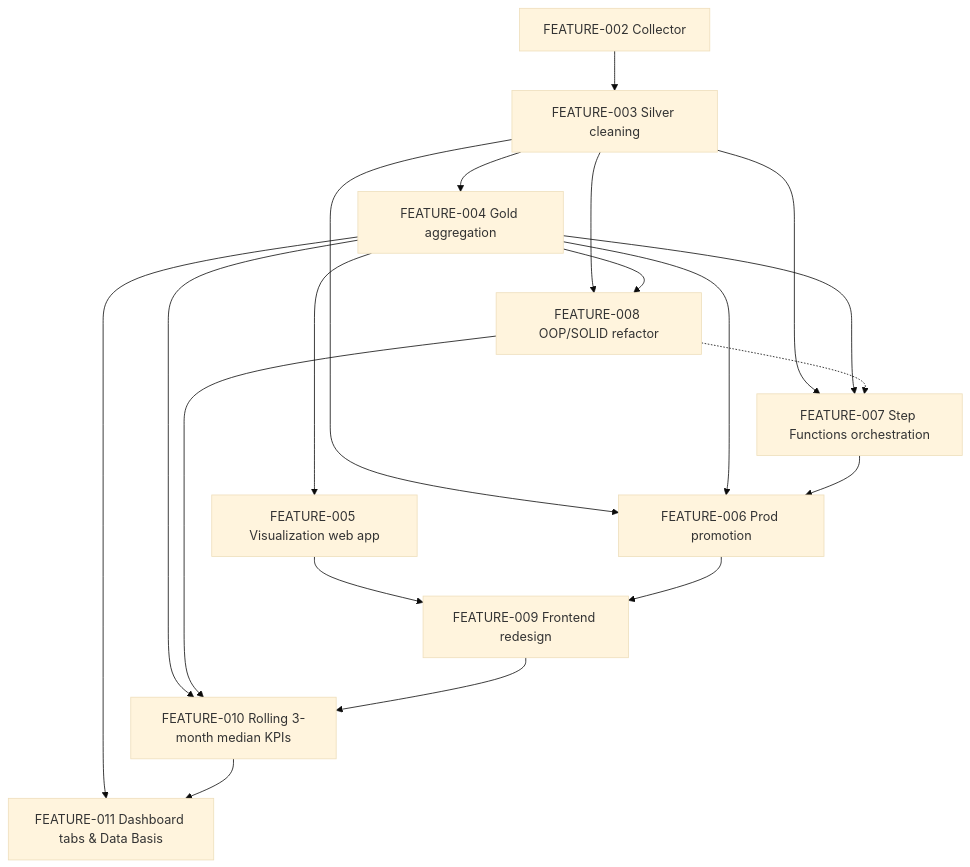
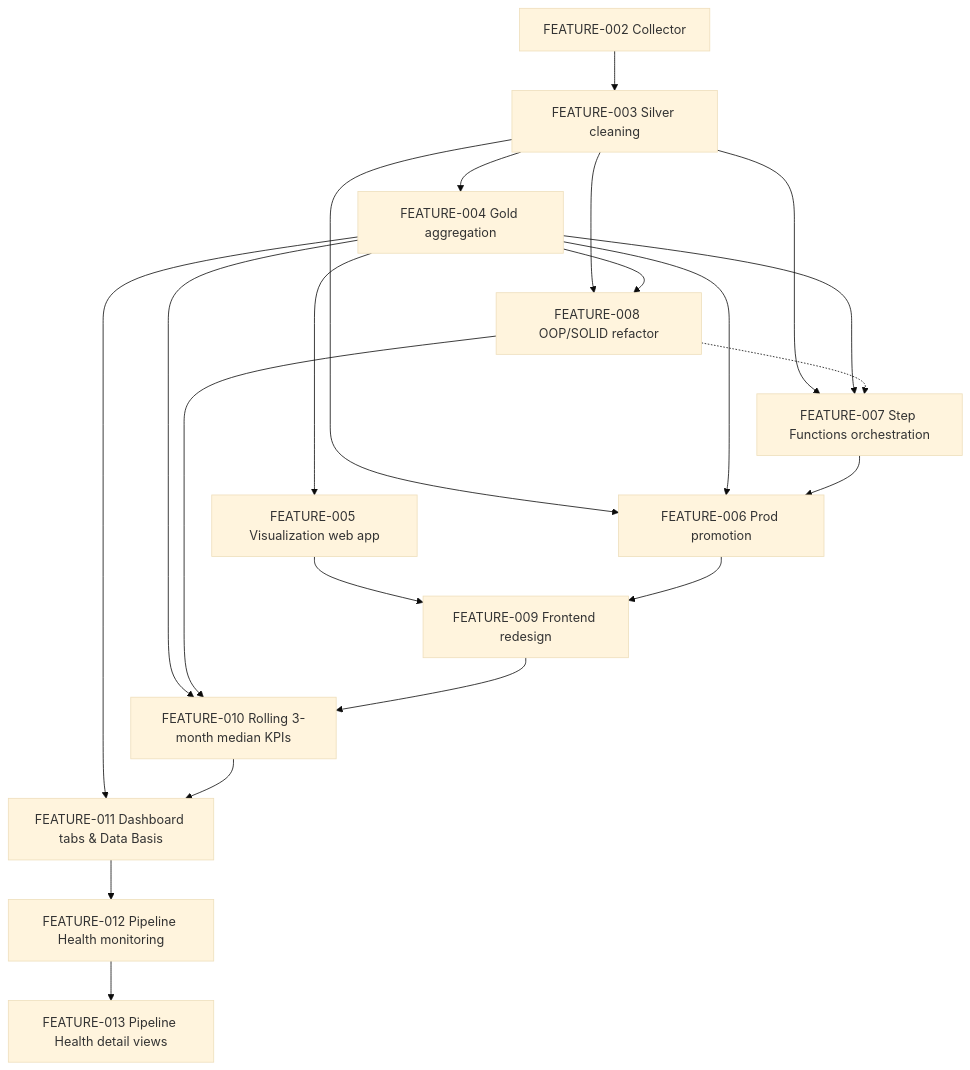
One commit to LeopoldWalther/vlc-real-estate-analytics changed the diagram in dev/plans/README.md. Above: the diagram before and after it, drawn with Mermaid (base theme). The commit also changed other lines of this file and 2 other files, not shown here.

Commit message:
docs(workflow): normalize pipeline health detail views as FEATURE-013

````diff
--- a/dev/plans/README.md
+++ b/dev/plans/README.md
@@ -27,21 +28,23 @@
 ```mermaid
 graph TD
     F002[FEATURE-002 Collector] --> F003[FEATURE-003 Silver cleaning]
     F003 --> F004[FEATURE-004 Gold aggregation]
     F004 --> F005[FEATURE-005 Visualization web app]
     F003 --> F006[FEATURE-006 Prod promotion]
     F004 --> F006
     F003 --> F007[FEATURE-007 Step Functions orchestration]
     F004 --> F007
     F007 --> F006
     F003 --> F008[FEATURE-008 OOP/SOLID refactor]
     F004 --> F008
     F008 -.-> F007
     F005 --> F009[FEATURE-009 Frontend redesign]
     F006 --> F009
     F004 --> F010[FEATURE-010 Rolling 3-month median KPIs]
     F008 --> F010
     F009 --> F010
     F004 --> F011[FEATURE-011 Dashboard tabs & Data Basis]
     F010 --> F011
+    F011 --> F012[FEATURE-012 Pipeline Health monitoring]
+    F012 --> F013[FEATURE-013 Pipeline Health detail views]
 ```
````
